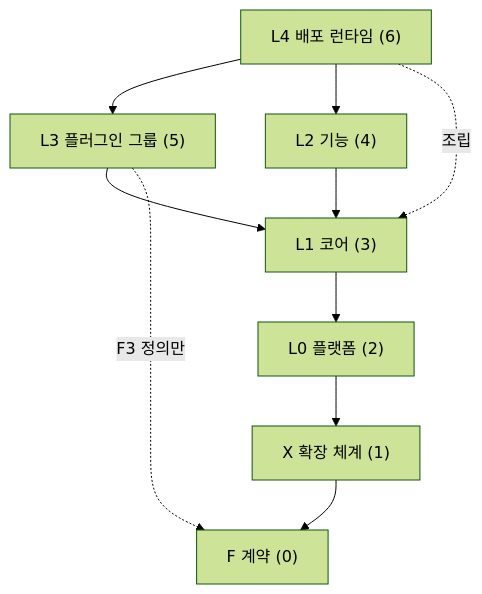
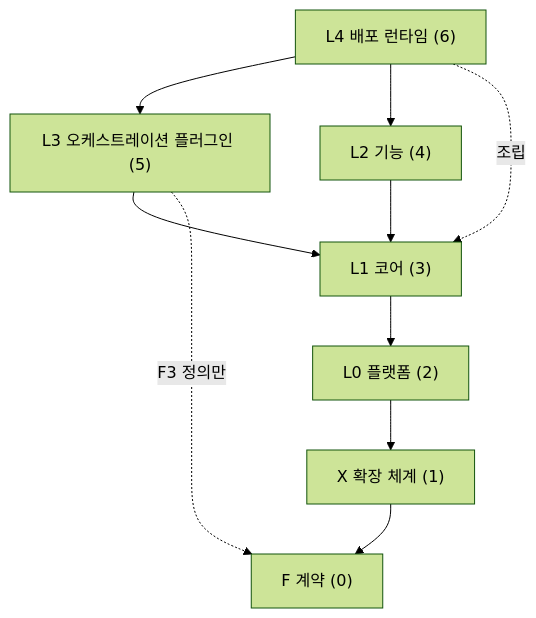
One commit to Rengod95/Helm-Agent_Docs_OS changed the first of 2 diagrams in docs/xeon/architecture/layers/spec.md. Above: the diagram before and after it, drawn with Mermaid (forest theme). The commit also changed other lines of this file and 404 other files, not shown here.

````diff
--- a/docs/xeon/architecture/layers/spec.md
+++ b/docs/xeon/architecture/layers/spec.md
@@ -109,19 +109,19 @@
 ```mermaid
 flowchart TB
   L4["L4 배포 런타임 (6)"]
-  L3["L3 플러그인 그룹 (5)"]
+  L3["L3 오케스트레이션 플러그인 (5)"]
   L2["L2 기능 (4)"]
   L1["L1 코어 (3)"]
   L0["L0 플랫폼 (2)"]
   X["X 확장 체계 (1)"]
   F["F 계약 (0)"]
   L4 --> L3
   L4 --> L2
   L3 --> L1
   L2 --> L1
   L1 --> L0
   L0 --> X
   X --> F
   L3 -.->|"F3 정의만"| F
   L4 -.->|"조립"| L1
 ```
````
